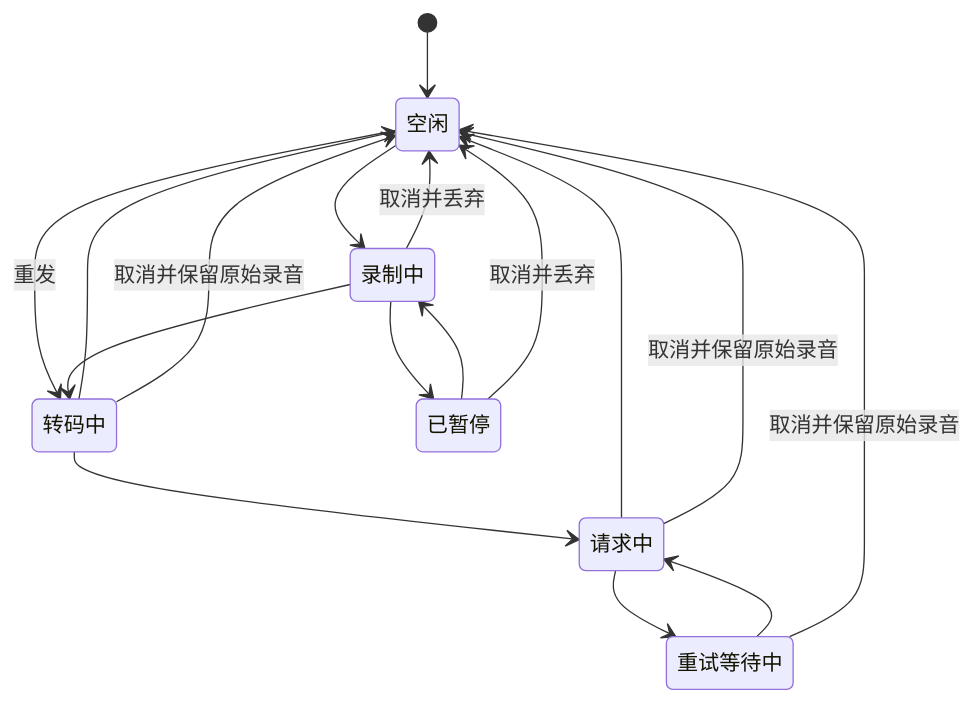
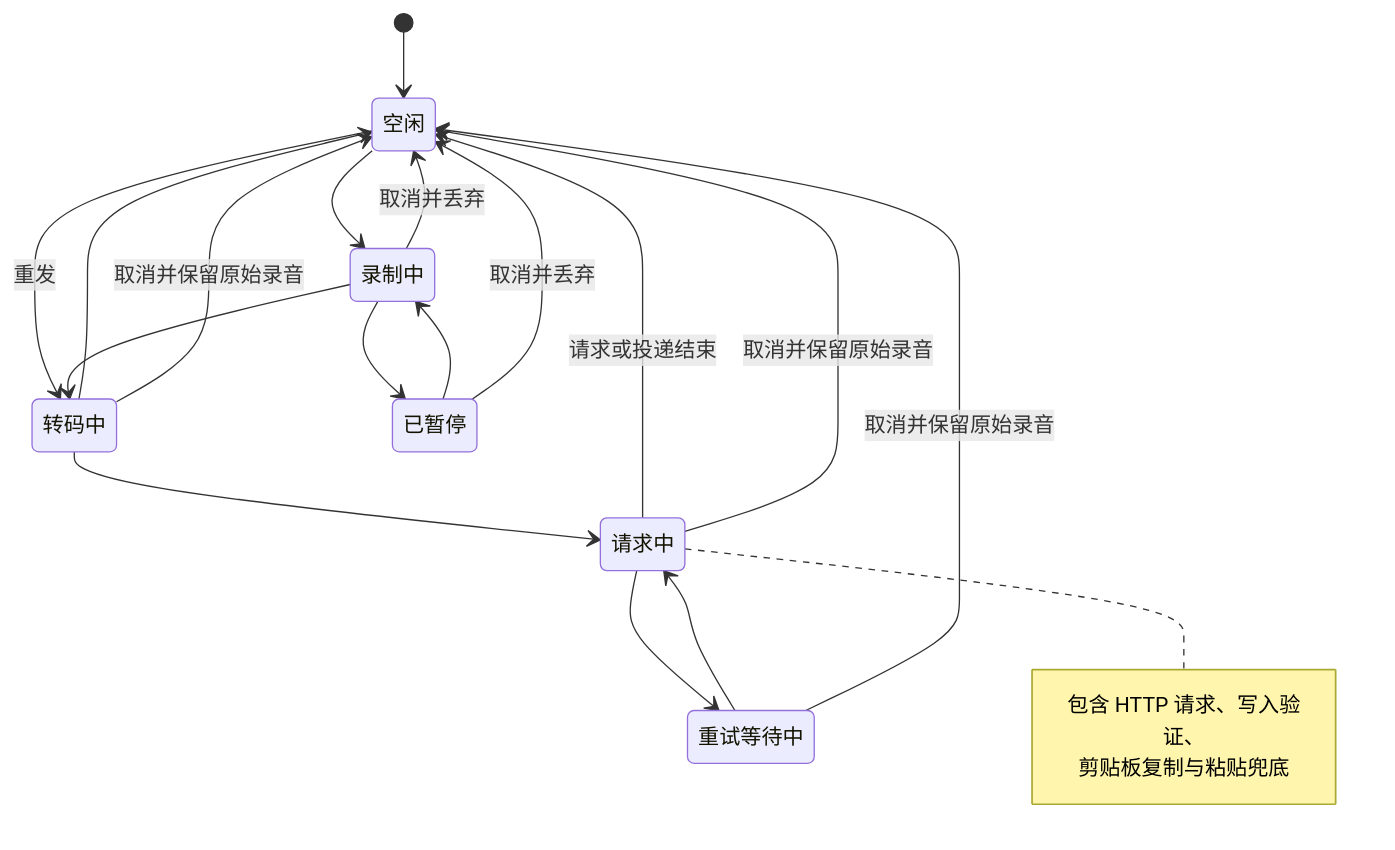
One commit to Joey-Kot/Dictate changed the third of 3 diagrams in README_ZH.md. Above: the diagram before and after it, drawn with Mermaid. The commit also changed other lines of this file and 1 other file, not shown here.

````diff
--- a/README_ZH.md
+++ b/README_ZH.md
@@ -76,19 +117,23 @@
 ```mermaid
 stateDiagram-v2
   [*] --> 空闲
   空闲 --> 录制中
   空闲 --> 转码中: 重发
   录制中 --> 已暂停
   已暂停 --> 录制中
   录制中 --> 转码中
   转码中 --> 请求中
   请求中 --> 重试等待中
   重试等待中 --> 请求中
-  请求中 --> 空闲
+  请求中 --> 空闲: 请求或投递结束
   转码中 --> 空闲
   录制中 --> 空闲: 取消并丢弃
   已暂停 --> 空闲: 取消并丢弃
   转码中 --> 空闲: 取消并保留原始录音
   请求中 --> 空闲: 取消并保留原始录音
   重试等待中 --> 空闲: 取消并保留原始录音
+  note right of 请求中
+    包含 HTTP 请求、写入验证、
+    剪贴板复制与粘贴兜底
+  end note
 ```
````
